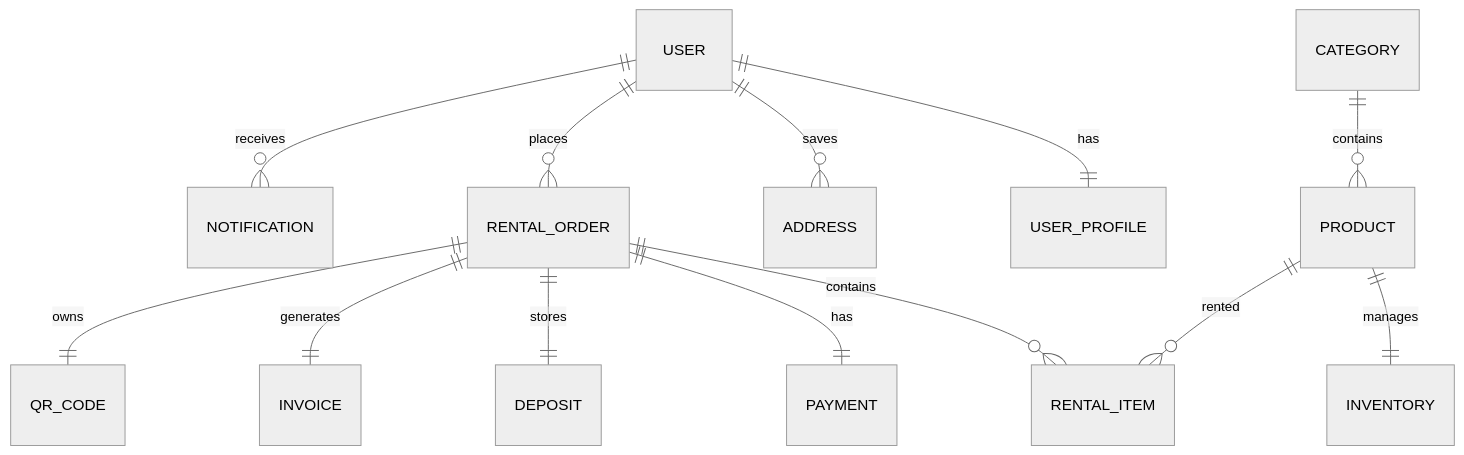
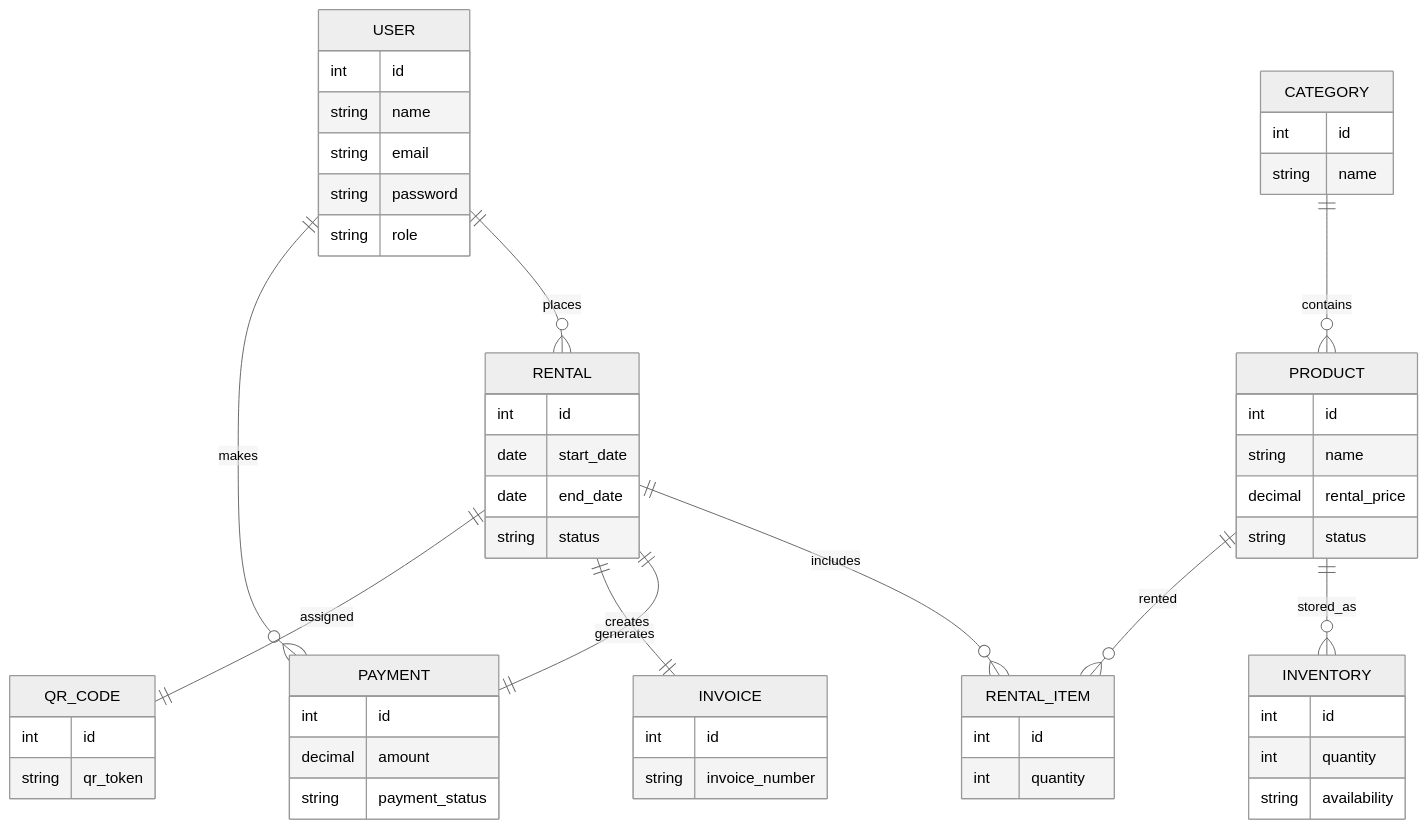
One commit to nirmitrathod74/rental-hub changed the fifth of 8 diagrams in README.md. Above: the diagram before and after it, drawn with Mermaid (neutral theme). The commit also changed other lines of this file, not shown here.

````diff
--- a/README.md
+++ b/README.md
@@ -3433,27 +441,74 @@
 ```mermaid
 erDiagram
 
-USER ||--|| USER_PROFILE : has
-
-USER ||--o{ ADDRESS : saves
+USER ||--o{ RENTAL : places
+USER ||--o{ PAYMENT : makes
 
 CATEGORY ||--o{ PRODUCT : contains
 
-PRODUCT ||--|| INVENTORY : manages
-
-USER ||--o{ RENTAL_ORDER : places
-
-RENTAL_ORDER ||--o{ RENTAL_ITEM : contains
+PRODUCT ||--o{ INVENTORY : stored_as
 
 PRODUCT ||--o{ RENTAL_ITEM : rented
 
-RENTAL_ORDER ||--|| PAYMENT : has
+RENTAL ||--o{ RENTAL_ITEM : includes
 
-RENTAL_ORDER ||--|| DEPOSIT : stores
+RENTAL ||--|| PAYMENT : generates
 
-RENTAL_ORDER ||--|| INVOICE : generates
+RENTAL ||--|| INVOICE : creates
 
-RENTAL_ORDER ||--|| QR_CODE : owns
+RENTAL ||--|| QR_CODE : assigned
 
-USER ||--o{ NOTIFICATION : receives
+USER {
+int id
+string name
+string email
+string password
+string role
+}
+
+CATEGORY {
+int id
+string name
+}
+
+PRODUCT {
+int id
+string name
+decimal rental_price
+string status
+}
+
+INVENTORY {
+int id
+int quantity
+string availability
+}
+
+RENTAL {
+int id
+date start_date
+date end_date
+string status
+}
+
+RENTAL_ITEM {
+int id
+int quantity
+}
+
+PAYMENT {
+int id
+decimal amount
+string payment_status
+}
+
+INVOICE {
+int id
+string invoice_number
+}
+
+QR_CODE {
+int id
+string qr_token
+}
 ```
````
